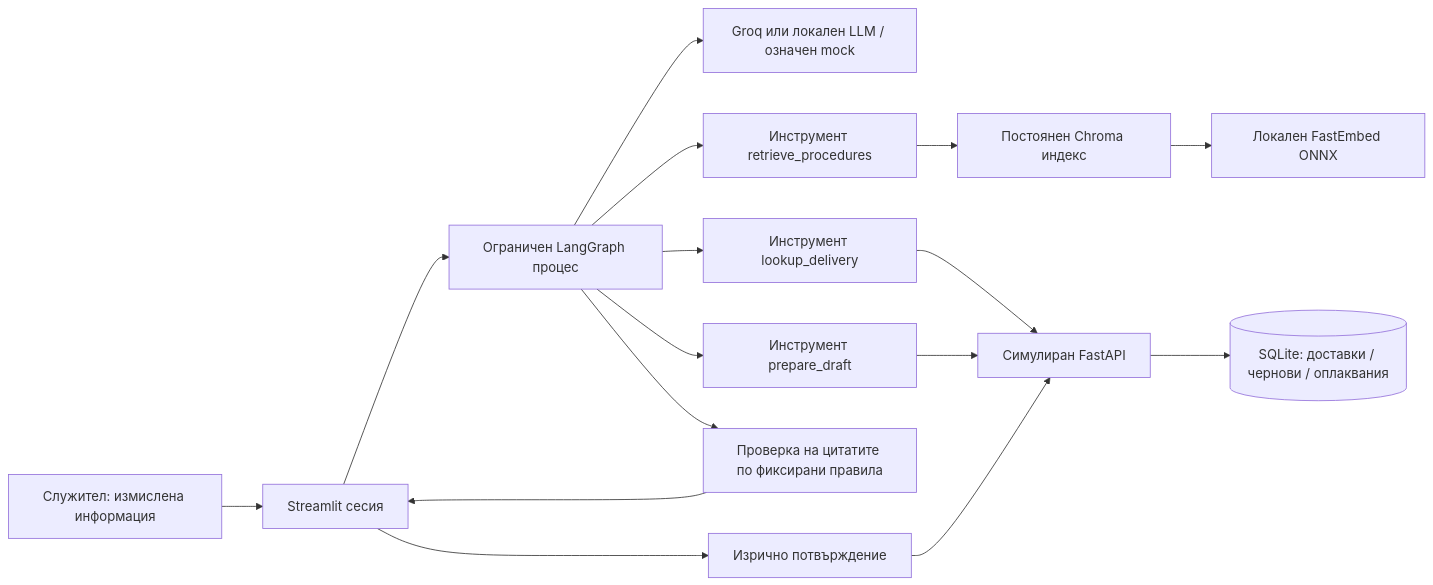
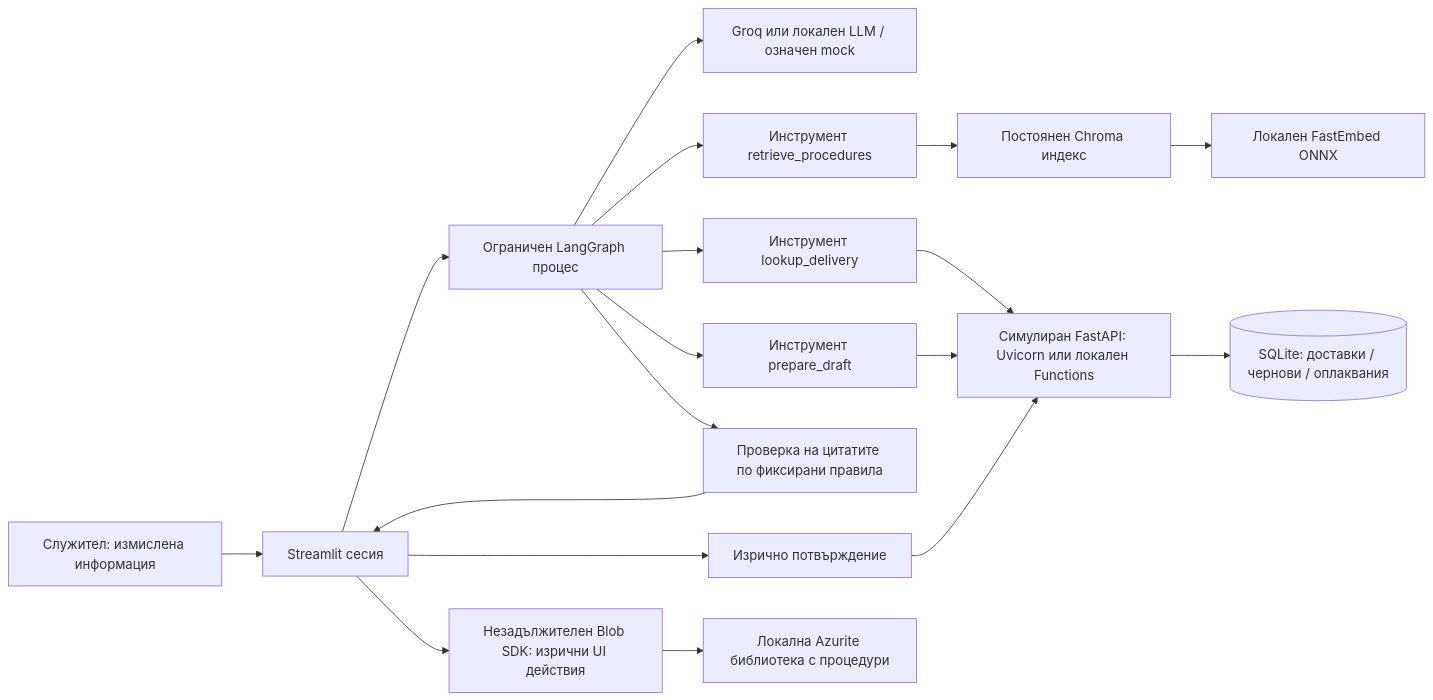
One commit to yoanagg15/pharma-docs-assistant changed the diagram in docs/bg/architecture.md. Above: the diagram before and after it, drawn with Mermaid. The commit also changed other lines of this file and 32 other files, not shown here.

Commit message:
Add local Azure Functions and Blob Storage exercises

````diff
--- a/docs/bg/architecture.md
+++ b/docs/bg/architecture.md
@@ -5,18 +5,20 @@
 ```mermaid
 flowchart LR
     U[Служител: измислена информация] --> UI[Streamlit сесия]
     UI --> G[Ограничен LangGraph процес]
     G --> P[Groq или локален LLM / означен mock]
     G --> RT[Инструмент retrieve_procedures]
     RT --> V[Постоянен Chroma индекс]
     V --> E[Локален FastEmbed ONNX]
     G --> LT[Инструмент lookup_delivery]
     G --> DT[Инструмент prepare_draft]
-    LT --> API[Симулиран FastAPI]
+    LT --> API[Симулиран FastAPI: Uvicorn или локален Functions]
     DT --> API
     API --> DB[(SQLite: доставки / чернови / оплаквания)]
     G --> CHECK[Проверка на цитатите по фиксирани правила]
     CHECK --> UI
     UI --> CONFIRM[Изрично потвърждение]
     CONFIRM --> API
+    UI --> BS[Незадължителен Blob SDK: изрични UI действия]
+    BS --> AZ[Локална Azurite библиотека с процедури]
 ```
````
